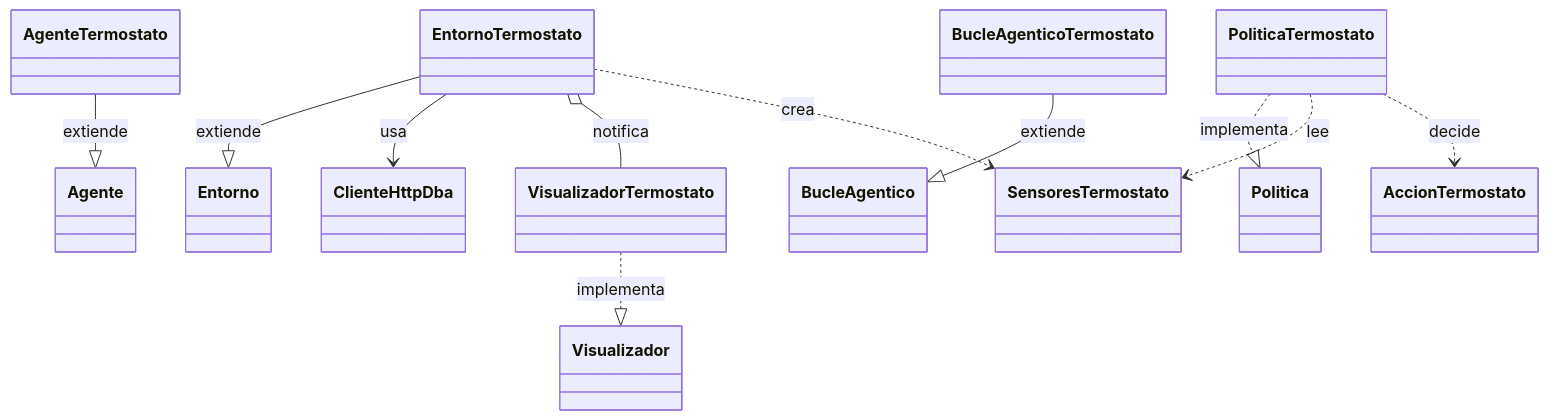
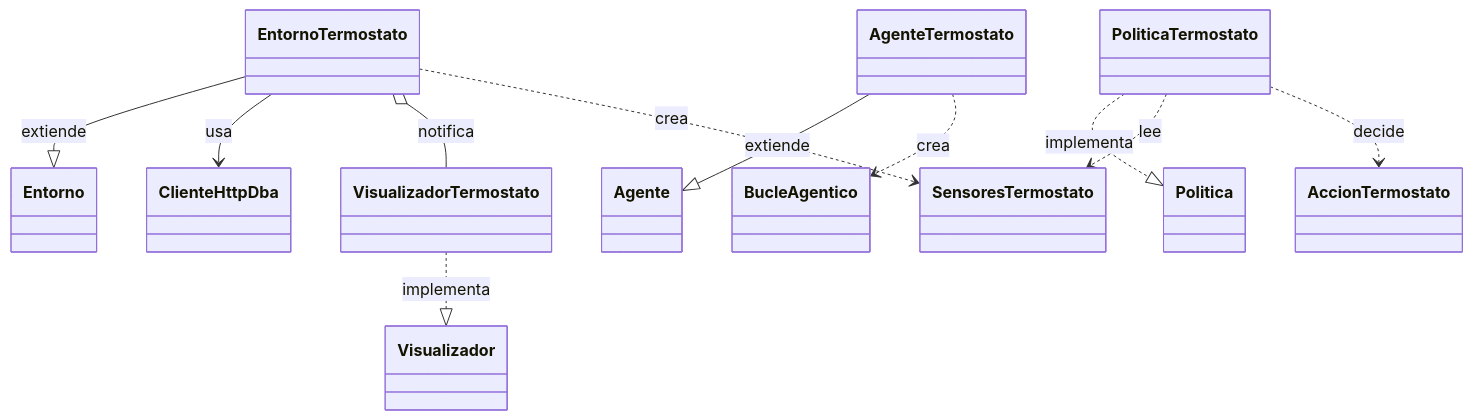
The second of 3 diagrams in README.md (leemon22/DBApractica2), drawn with Mermaid before and after one commit. The commit also changed other lines of this file and 50 other files, not shown here.

````diff
--- a/README.md
+++ b/README.md
@@ -215,13 +213,13 @@
 ```mermaid
 classDiagram
     EntornoTermostato --|> Entorno : extiende
     PoliticaTermostato ..|> Politica : implementa
     VisualizadorTermostato ..|> Visualizador : implementa
     AgenteTermostato --|> Agente : extiende
-    BucleAgenticoTermostato --|> BucleAgentico : extiende
+    AgenteTermostato ..> BucleAgentico : crea
     EntornoTermostato --> ClienteHttpDba : usa
     EntornoTermostato o-- VisualizadorTermostato : notifica
     EntornoTermostato ..> SensoresTermostato : crea
     PoliticaTermostato ..> SensoresTermostato : lee
     PoliticaTermostato ..> AccionTermostato : decide
 ```
````
